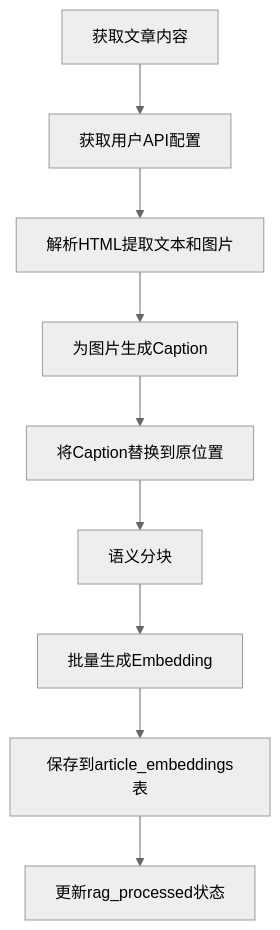
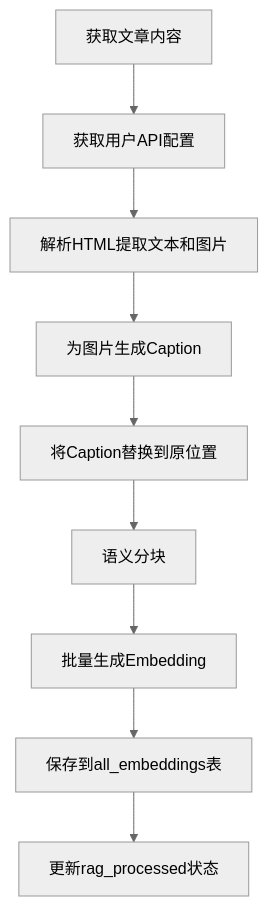
Before and after one commit to InvisibleQAQ/SaveHub_Supabase: the third of 6 diagrams in docs/RSS_subscribe/RSS_FLOW_COMPLETE.md, drawn with Mermaid (neutral theme). The commit also changed other lines of this file and 5 other files, not shown here.

````diff
--- a/docs/RSS_subscribe/RSS_FLOW_COMPLETE.md
+++ b/docs/RSS_subscribe/RSS_FLOW_COMPLETE.md
@@ -459,11 +459,11 @@
 ```mermaid
 flowchart TB
     A[获取文章内容] --> B[获取用户API配置]
     B --> C[解析HTML提取文本和图片]
     C --> D[为图片生成Caption]
     D --> E[将Caption替换到原位置]
     E --> F[语义分块]
     F --> G[批量生成Embedding]
-    G --> H[保存到article_embeddings表]
+    G --> H[保存到all_embeddings表]
     H --> I[更新rag_processed状态]
 ```
````
